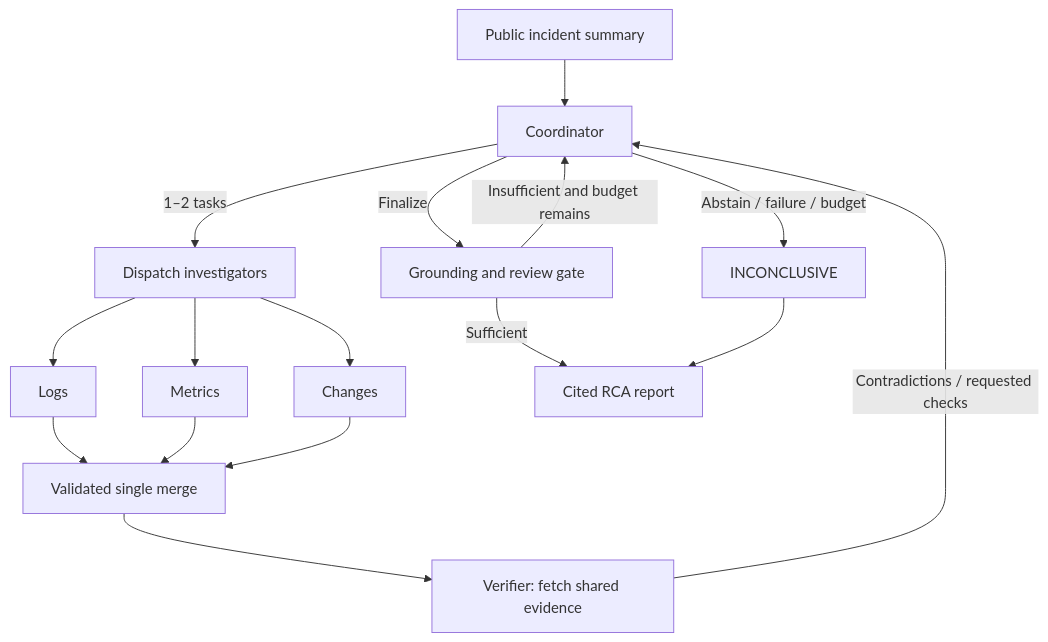
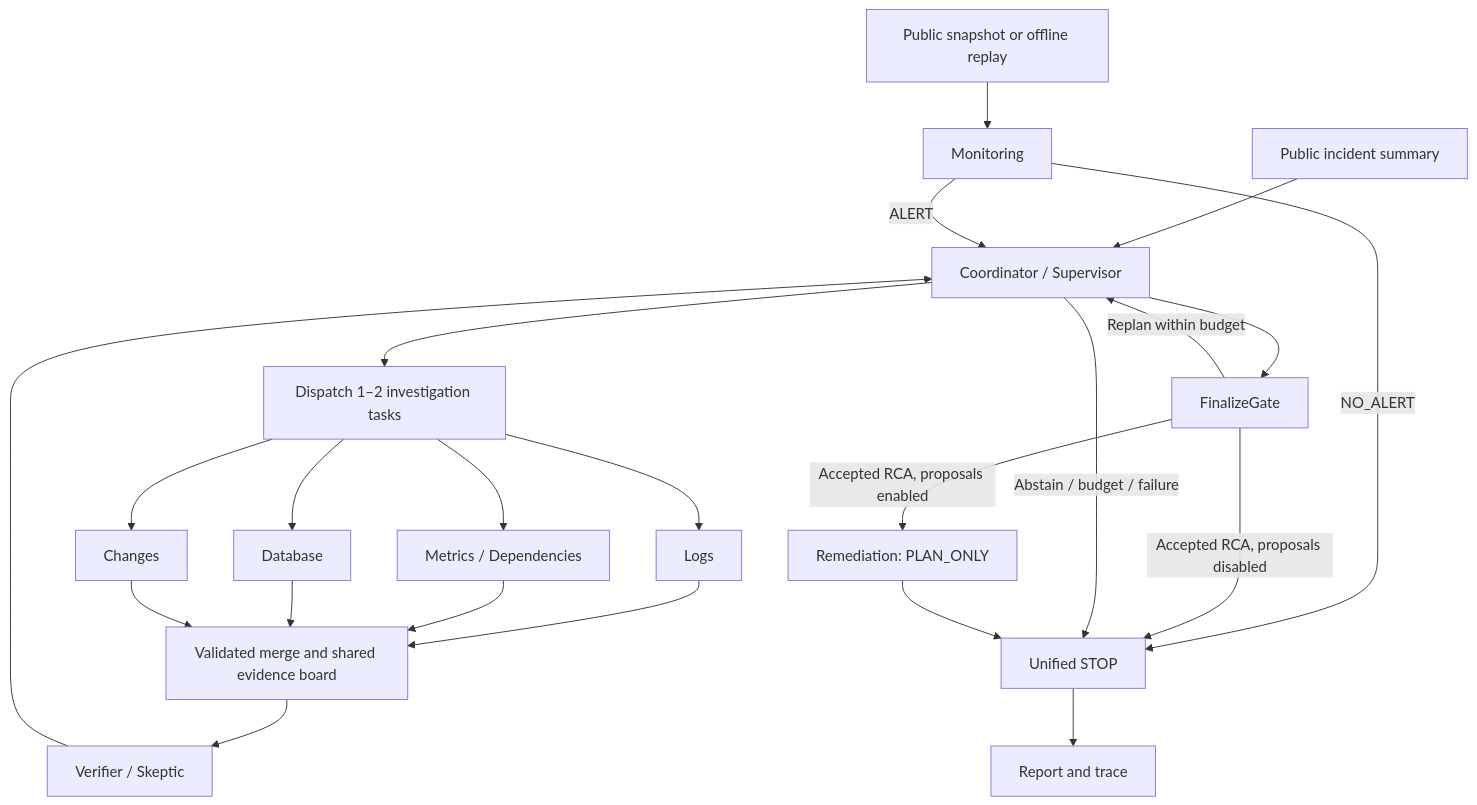
Before and after one commit to celvelzel/IncidentLens: the diagram in README.md, drawn with Mermaid. The commit also changed other lines of this file and 1 other file, not shown here.

Commit message:
docs: refresh bilingual agent architecture and usage

````diff
--- a/README.md
+++ b/README.md
@@ -87,18 +84,40 @@
 ```mermaid
 flowchart TD
-    Input[Public incident summary] --> C[Coordinator]
-    C -->|1–2 tasks| D[Dispatch investigators]
-    D --> L[Logs]
-    D --> M[Metrics]
-    D --> X[Changes]
-    L --> B[Validated single merge]
+    I["Public incident summary"]
+    P["Public snapshot or offline replay"]
+    N["Monitoring"]
+    C["Coordinator / Supervisor"]
+    D["Dispatch 1–2 investigation tasks"]
+    L["Logs"]
+    M["Metrics / Dependencies"]
+    DB["Database"]
+    X["Changes"]
+    B["Validated merge and shared evidence board"]
+    V["Verifier / Skeptic"]
+    G["FinalizeGate"]
+    R["Remediation: PLAN_ONLY"]
+    S["Unified STOP"]
+    O["Report and trace"]
+    I --> C
+    P --> N
+    N -->|ALERT| C
+    N -->|NO_ALERT| S
+    C --> D
+    D --> L
+    D --> M
+    D --> DB
+    D --> X
+    L --> B
     M --> B
+    DB --> B
     X --> B
-    B --> V[Verifier: fetch shared evidence]
-    V -->|Contradictions / requested checks| C
-    C -->|Finalize| G[Grounding and review gate]
-    G -->|Insufficient and budget remains| C
-    G -->|Sufficient| R[Cited RCA report]
-    C -->|Abstain / failure / budget| A[INCONCLUSIVE]
-    A --> R
+    B --> V
+    V --> C
+    C --> G
+    G -->|Replan within budget| C
+    G -->|Accepted RCA, proposals enabled| R
+    G -->|Accepted RCA, proposals disabled| S
+    C -->|Abstain / budget / failure| S
+    R --> S
+    S --> O
 ```
````
